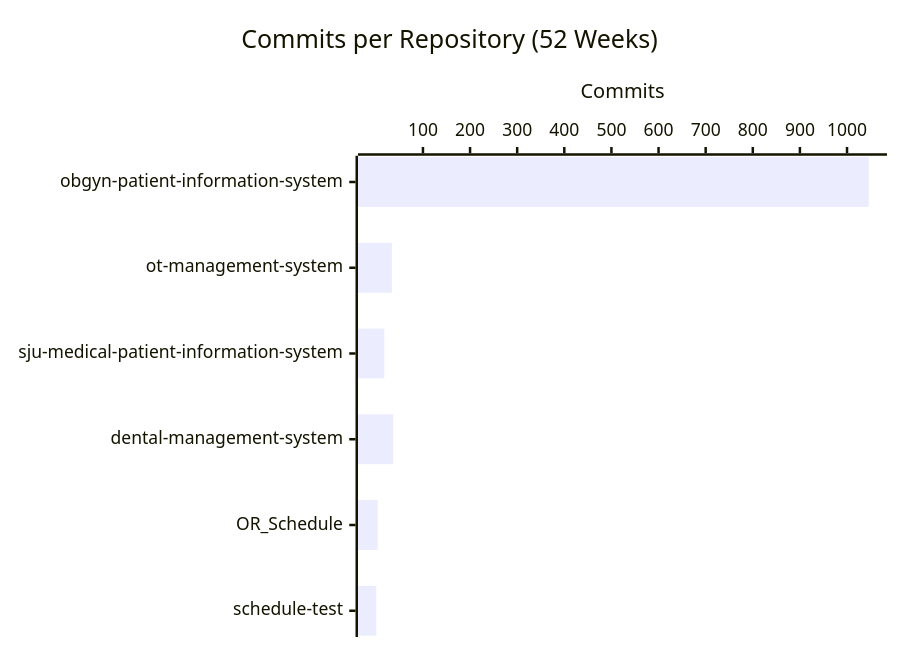
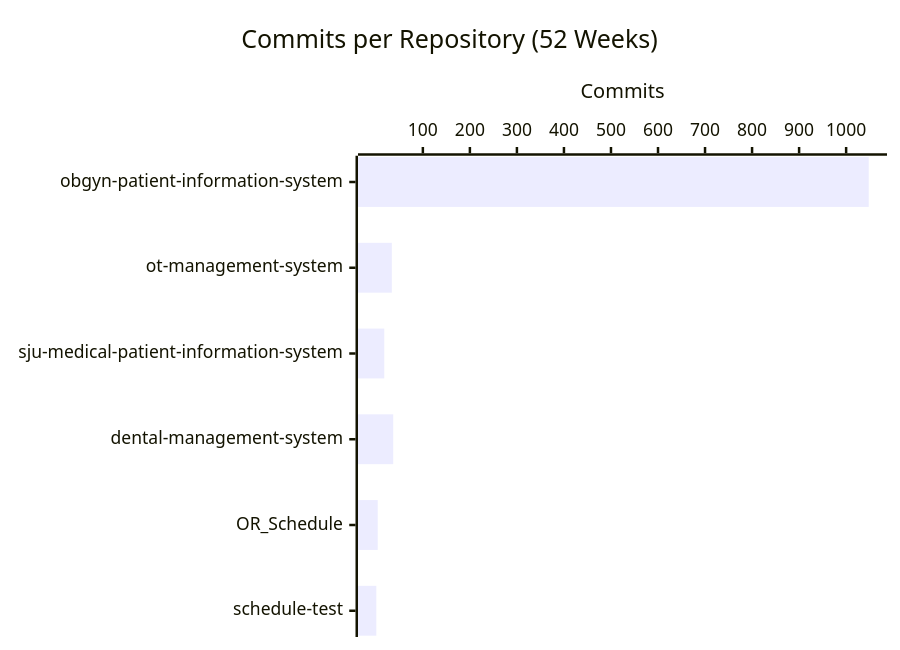
Before and after one commit to CSTH-Projects/.github: the second of 4 diagrams in profile/README.md, drawn with Mermaid. The commit also changed other lines of this file, not shown here.

````diff
--- a/profile/README.md
+++ b/profile/README.md
@@ -24,7 +24,7 @@
 ```mermaid
 xychart-beta horizontal
     title "Commits per Repository (52 Weeks)"
     x-axis ["obgyn-patient-information-system", "ot-management-system", "sju-medical-patient-information-system", "dental-management-system", "OR_Schedule", "schedule-test"]
     y-axis "Commits"
-    bar [1046, 34, 18, 37, 4, 1]
+    bar [1048, 34, 18, 37, 4, 1]
 ```
````
